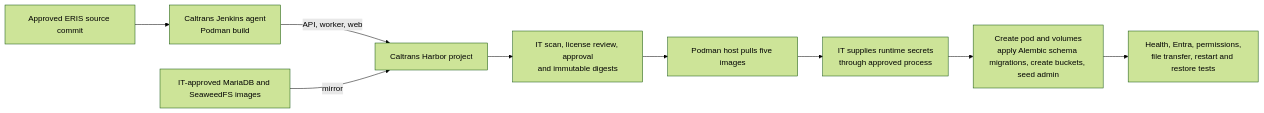
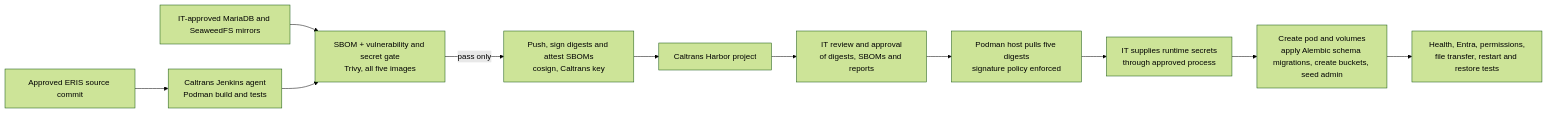
The second of 3 diagrams in docs/caltrans-it-deployment-brief.md (Alexeitor292/ERIS_REACT_native), drawn with Mermaid (forest theme) before and after one commit. The commit also changed other lines of this file and 87 other files, not shown here.

First line of the commit message:
Harden ERIS for Caltrans deployment

````diff
--- a/docs/caltrans-it-deployment-brief.md
+++ b/docs/caltrans-it-deployment-brief.md
@@ -52,11 +52,13 @@
 ```mermaid
 flowchart LR
-    Source[Approved ERIS source commit] --> Jenkins[Caltrans Jenkins agent<br/>Podman build]
-    Jenkins -->|API, worker, web| Harbor[Caltrans Harbor project]
-    ThirdParty[IT-approved MariaDB and SeaweedFS images] -->|mirror| Harbor
-    Harbor --> Review[IT scan, license review, approval<br/>and immutable digests]
-    Review --> Host[Podman host pulls five images]
+    Source[Approved ERIS source commit] --> Jenkins[Caltrans Jenkins agent<br/>Podman build and tests]
+    ThirdParty[IT-approved MariaDB and SeaweedFS mirrors] --> Gate
+    Jenkins --> Gate[SBOM + vulnerability and secret gate<br/>Trivy, all five images]
+    Gate -->|pass only| Sign[Push, sign digests and attest SBOMs<br/>cosign, Caltrans key]
+    Sign --> Harbor[Caltrans Harbor project]
+    Harbor --> Review[IT review and approval<br/>of digests, SBOMs and reports]
+    Review --> Host[Podman host pulls five digests<br/>signature policy enforced]
     Host --> Configure[IT supplies runtime secrets<br/>through approved process]
     Configure --> Start[Create pod and volumes<br/>apply Alembic schema migrations, create buckets, seed admin]
     Start --> Verify[Health, Entra, permissions,<br/>file transfer, restart and restore tests]
 ```
````
